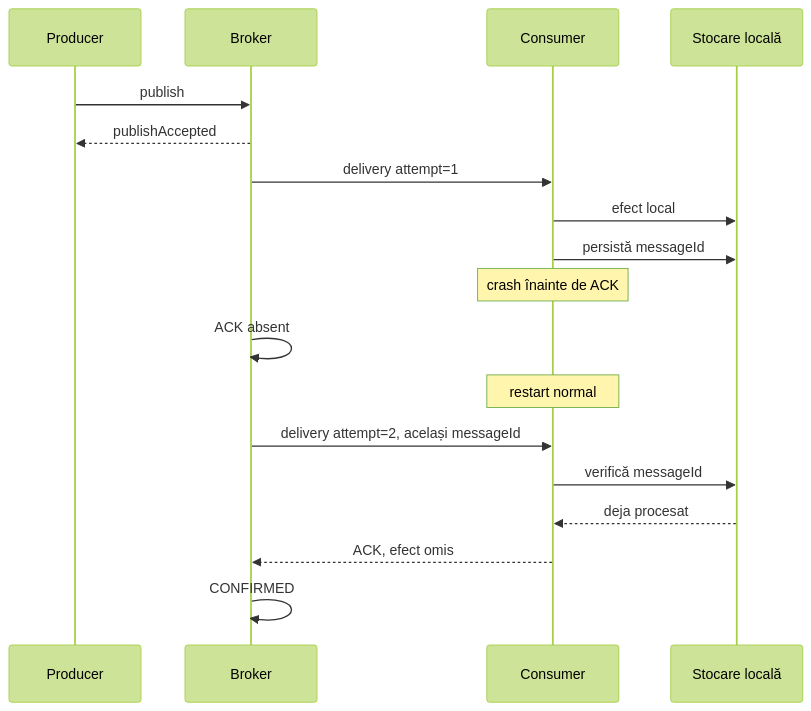
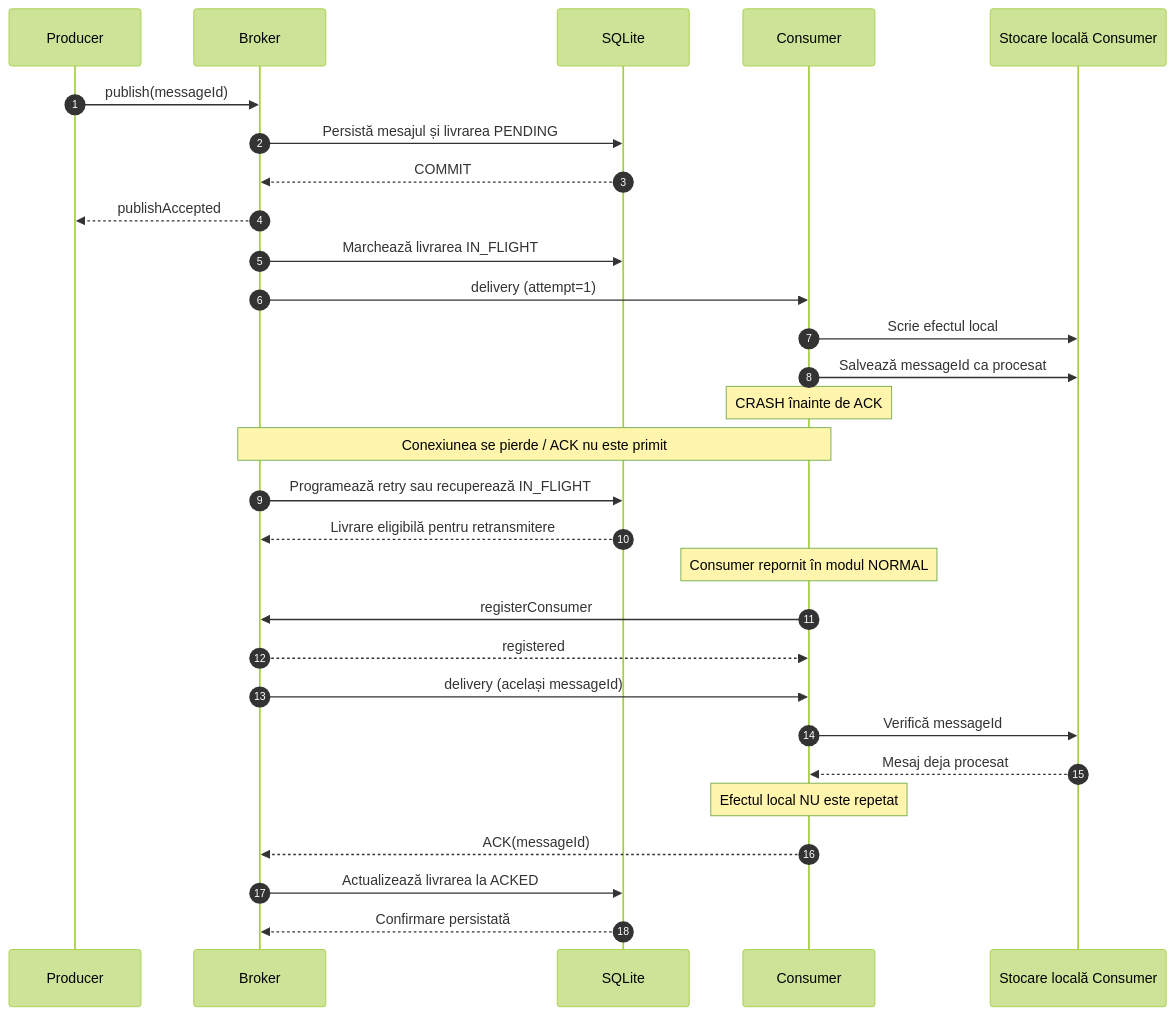
The diagram in MessagingAgent/docs/diagrams/sequence.md (marinadamaschin/Distributed-Applications-Labs), drawn with Mermaid (forest theme) before and after one commit. The commit also changed other lines of this file and 7 other files, not shown here.

Commit message:
docs: update architecture, failure scenarios and runbook

````diff
--- a/MessagingAgent/docs/diagrams/sequence.md
+++ b/MessagingAgent/docs/diagrams/sequence.md
@@ -2,20 +9,44 @@
 ```mermaid
 sequenceDiagram
- participant P as Producer
- participant B as Broker
- participant C as Consumer
- participant S as Stocare locală
- P->>B: publish
- B-->>P: publishAccepted
- B->>C: delivery attempt=1
- C->>S: efect local
- C->>S: persistă messageId
- Note over C: crash înainte de ACK
- B->>B: ACK absent
- Note over C: restart normal
- B->>C: delivery attempt=2, același messageId
- C->>S: verifică messageId
- S-->>C: deja procesat
- C-->>B: ACK, efect omis
- B->>B: CONFIRMED
+    autonumber
+
+    participant P as Producer
+    participant B as Broker
+    participant DB as SQLite
+    participant C as Consumer
+    participant S as Stocare locală Consumer
+
+    P->>B: publish(messageId)
+    B->>DB: Persistă mesajul și livrarea PENDING
+    DB-->>B: COMMIT
+    B-->>P: publishAccepted
+
+    B->>DB: Marchează livrarea IN_FLIGHT
+    B->>C: delivery (attempt=1)
+
+    C->>S: Scrie efectul local
+    C->>S: Salvează messageId ca procesat
+
+    Note over C: CRASH înainte de ACK
+
+    Note over B,C: Conexiunea se pierde / ACK nu este primit
+
+    B->>DB: Programează retry sau recuperează IN_FLIGHT
+    DB-->>B: Livrare eligibilă pentru retransmitere
+
+    Note over C: Consumer repornit în modul NORMAL
+
+    C->>B: registerConsumer
+    B-->>C: registered
+
+    B->>C: delivery (același messageId)
+
+    C->>S: Verifică messageId
+    S-->>C: Mesaj deja procesat
+
+    Note over C: Efectul local NU este repetat
+
+    C-->>B: ACK(messageId)
+    B->>DB: Actualizează livrarea la ACKED
+    DB-->>B: Confirmare persistată
 ```
````
